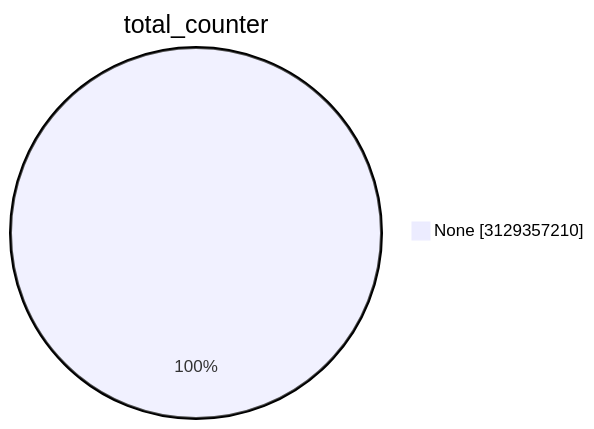
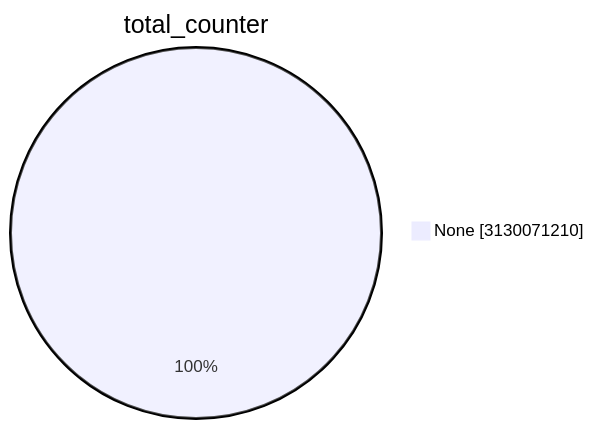
The first of 15 diagrams in TOTAL/README.md (christiankrug/ctmonitor_visualization), drawn with Mermaid before and after one commit. The commit also changed other lines of this file, not shown here.

````diff
--- a/TOTAL/README.md
+++ b/TOTAL/README.md
@@ -1,5 +1,5 @@
 ```mermaid
 pie showData
 title total_counter
-"None" :3129357210
+"None" :3130071210
 ```
````
